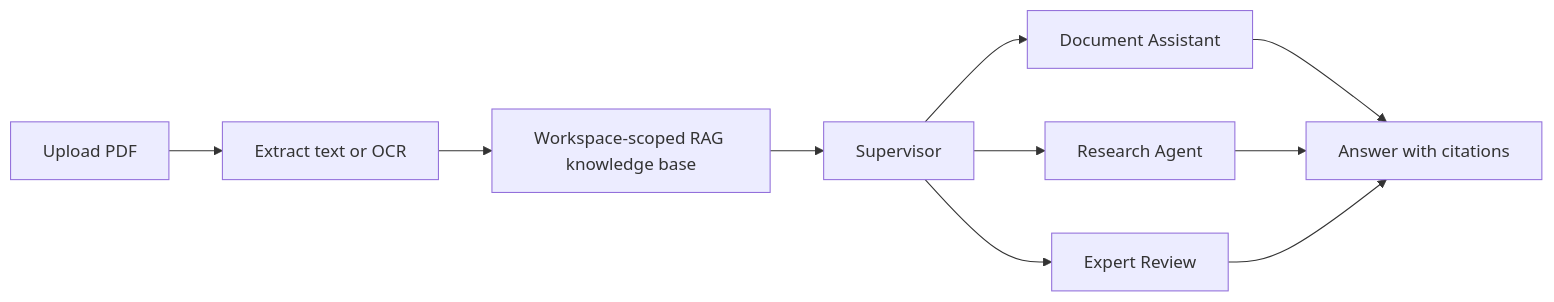
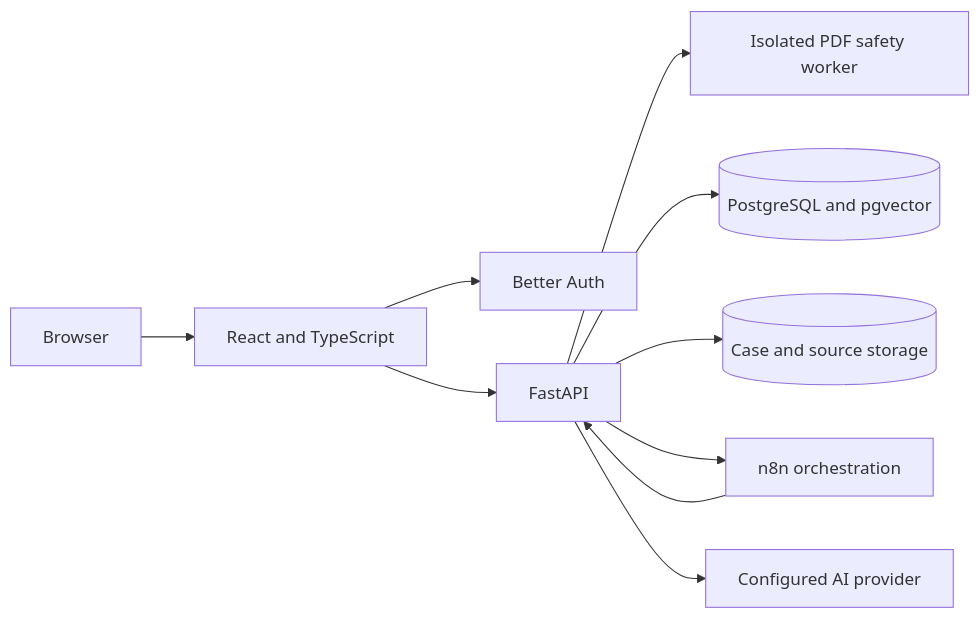
Before and after one commit to Stelios-developer/nomikos-synergaths: the diagram in README.md, drawn with Mermaid. The commit also changed other lines of this file and 48 other files, not shown here.

````diff
--- a/README.md
+++ b/README.md
@@ -15,12 +42,12 @@
 ```mermaid
 flowchart LR
-  A[Upload PDF] --> B[Extract text or OCR]
-  B --> C[Workspace-scoped RAG knowledge base]
-  C --> D[Supervisor]
-  D --> E[Document Assistant]
-  D --> F[Research Agent]
-  D --> G[Expert Review]
-  E --> H[Answer with citations]
-  F --> H
-  G --> H
+  User[Browser] --> UI[React and TypeScript]
+  UI --> Auth[Better Auth]
+  UI --> API[FastAPI]
+  API --> PDF[Isolated PDF safety worker]
+  API --> DB[(PostgreSQL and pgvector)]
+  API --> Case[(Case and source storage)]
+  API --> N8N[n8n orchestration]
+  N8N --> API
+  API --> Model[Configured AI provider]
 ```
````
